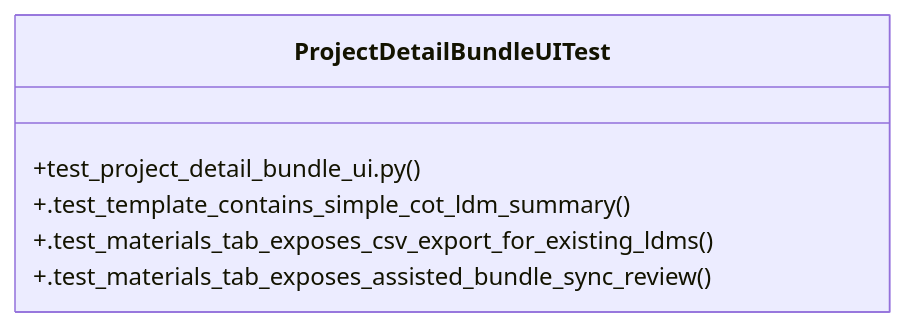
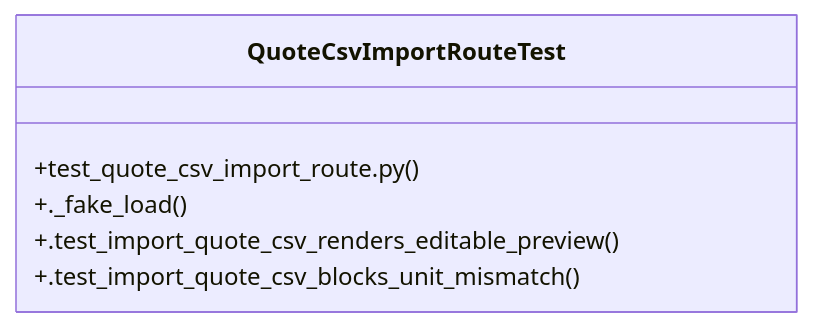
The diagram in graphify-out/wiki/Community_40.md (Daftrick/ProjectTracker), drawn with Mermaid before and after one commit. The commit also changed other lines of this file and 544 other files, not shown here.

````diff
--- a/graphify-out/wiki/Community_40.md
+++ b/graphify-out/wiki/Community_40.md
@@ -16,9 +16,9 @@
 ```mermaid
 classDiagram
-    class ProjectDetailBundleUITest {
-        +test_project_detail_bundle_ui.py()
-        +.test_template_contains_simple_cot_ldm_summary()
-        +.test_materials_tab_exposes_csv_export_for_existing_ldms()
-        +.test_materials_tab_exposes_assisted_bundle_sync_review()
+    class QuoteCsvImportRouteTest {
+        +test_quote_csv_import_route.py()
+        +._fake_load()
+        +.test_import_quote_csv_renders_editable_preview()
+        +.test_import_quote_csv_blocks_unit_mismatch()
     }
 ```
````
